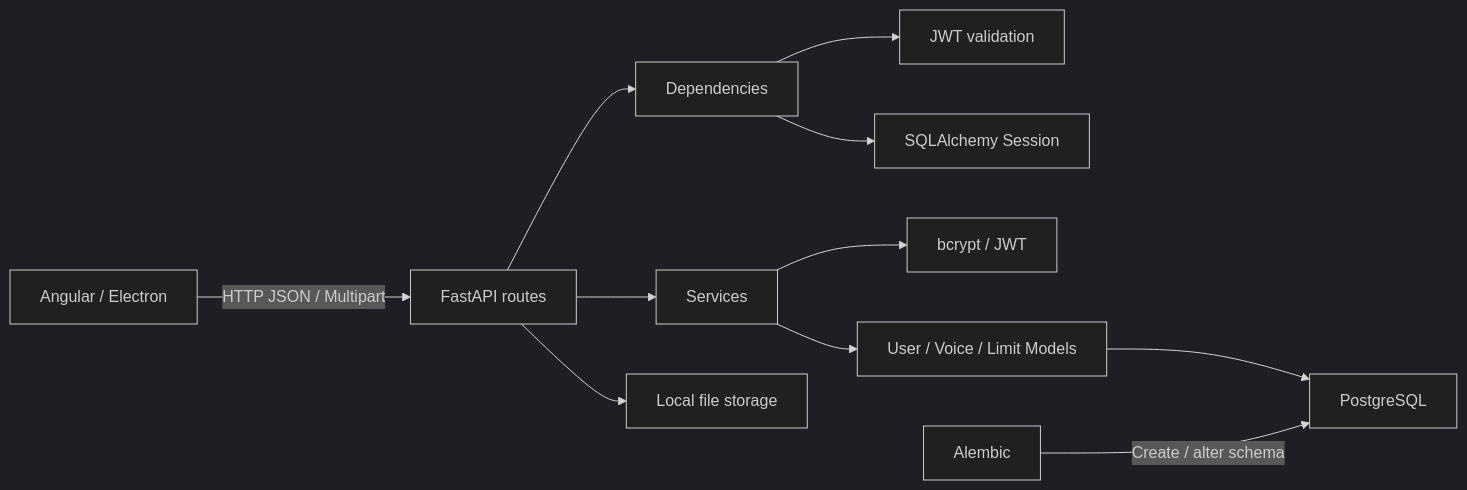
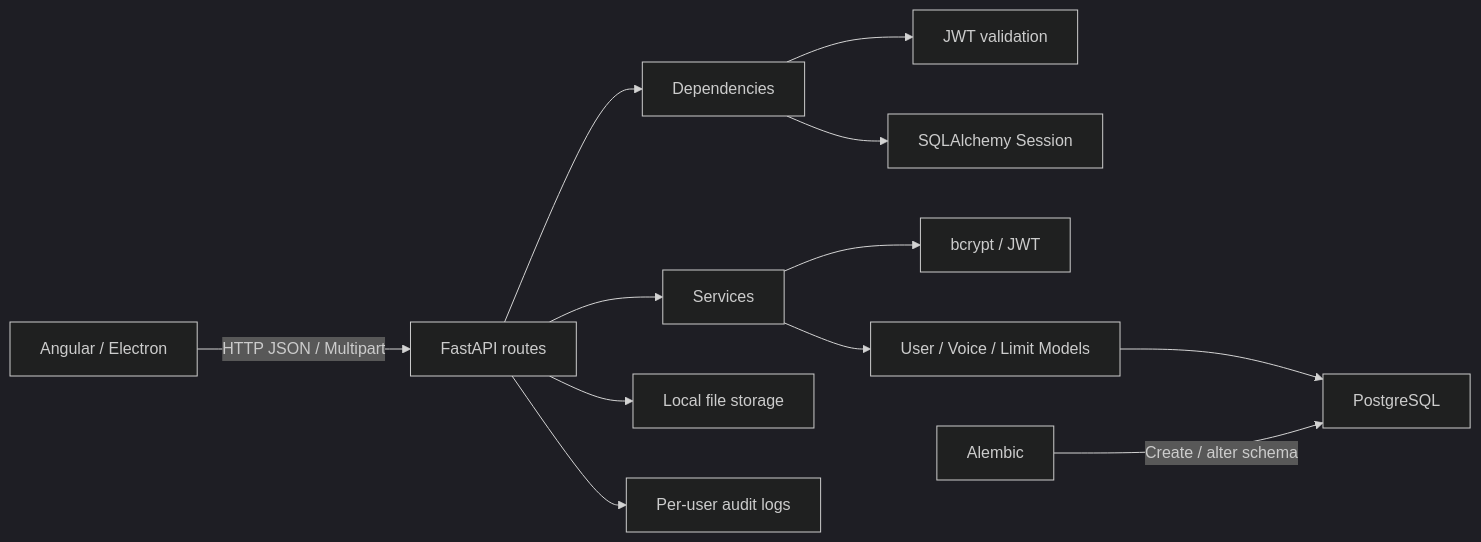
One commit to nhattvdx2/BE_Tool changed the diagram in docs/01_TONG_QUAN_VA_KIEN_TRUC.md. Above: the diagram before and after it, drawn with Mermaid (dark theme). The commit also changed other lines of this file and 12 other files, not shown here.

Commit message:
Add per-user API audit logging

````diff
--- a/docs/01_TONG_QUAN_VA_KIEN_TRUC.md
+++ b/docs/01_TONG_QUAN_VA_KIEN_TRUC.md
@@ -33,13 +34,14 @@
 ```mermaid
 flowchart LR
     FE["Angular / Electron"] -->|"HTTP JSON / Multipart"| API["FastAPI routes"]
     API --> DEP["Dependencies"]
     DEP --> JWT["JWT validation"]
     DEP --> DB["SQLAlchemy Session"]
     API --> SVC["Services"]
     SVC --> SEC["bcrypt / JWT"]
     SVC --> ORM["User / Voice / Limit Models"]
     ORM --> PG["PostgreSQL"]
     API --> FILE["Local file storage"]
+    API --> AUDIT["Per-user audit logs"]
     ALEMBIC["Alembic"] -->|"Create / alter schema"| PG
 ```
````
